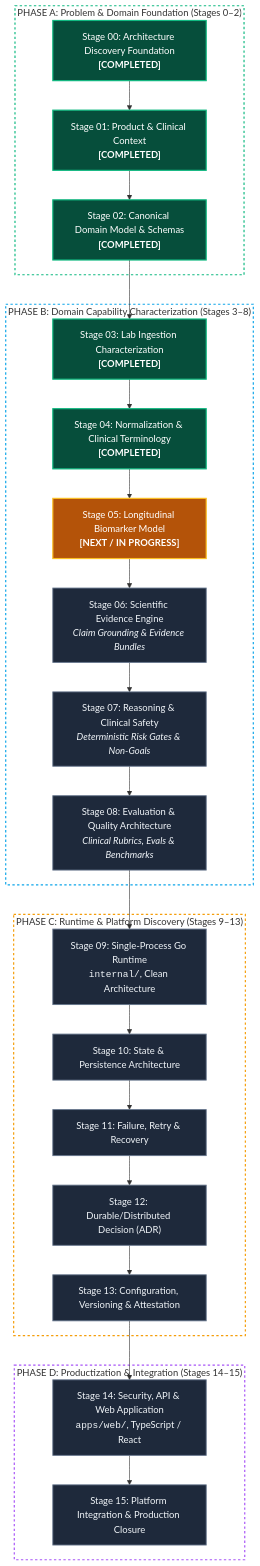
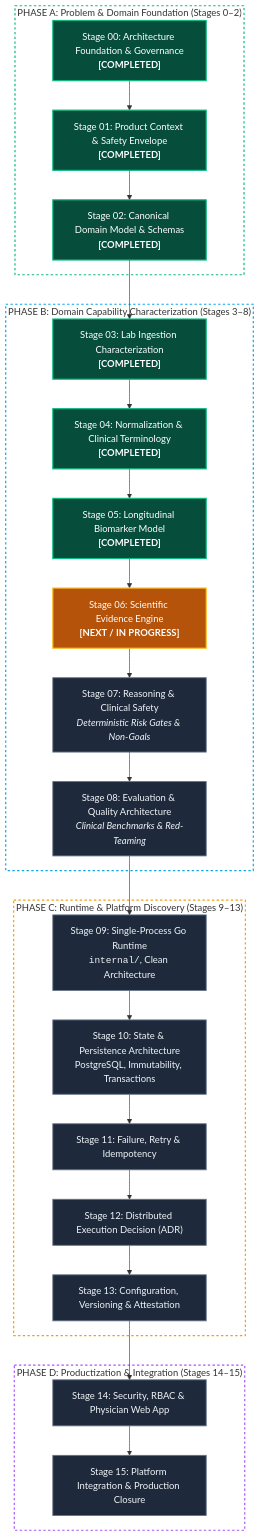
One commit to DuyVuux/BiolyzerAgent changed the third of 7 diagrams in README.md. Above: the diagram before and after it, drawn with Mermaid. The commit also changed other lines of this file and 41 other files, not shown here.

Commit message:
docs(stage-05): integrate longitudinal model, mermaid architecture flows, and detailed README

````diff
--- a/README.md
+++ b/README.md
@@ -25,38 +113,38 @@
 ```mermaid
 flowchart TD
     classDef done fill:#064e3b,stroke:#10b981,stroke-width:2px,color:#ffffff;
     classDef current fill:#b45309,stroke:#fbbf24,stroke-width:2px,color:#ffffff;
     classDef queued fill:#1e293b,stroke:#64748b,stroke-width:1.5px,color:#f1f5f9;
 
     subgraph PhaseA["PHASE A: Problem & Domain Foundation (Stages 0–2)"]
-        S0["Stage 00: Architecture Discovery Foundation<br/><b>[COMPLETED]</b>"]:::done --> S1["Stage 01: Product & Clinical Context<br/><b>[COMPLETED]</b>"]:::done
+        S0["Stage 00: Architecture Foundation & Governance<br/><b>[COMPLETED]</b>"]:::done --> S1["Stage 01: Product Context & Safety Envelope<br/><b>[COMPLETED]</b>"]:::done
         S1 --> S2["Stage 02: Canonical Domain Model & Schemas<br/><b>[COMPLETED]</b>"]:::done
     end
 
     subgraph PhaseB["PHASE B: Domain Capability Characterization (Stages 3–8)"]
         S2 --> S3["Stage 03: Lab Ingestion Characterization<br/><b>[COMPLETED]</b>"]:::done
         S3 --> S4["Stage 04: Normalization & Clinical Terminology<br/><b>[COMPLETED]</b>"]:::done
-        S4 --> S5["Stage 05: Longitudinal Biomarker Model<br/><b>[NEXT / IN PROGRESS]</b>"]:::current
-        S5 --> S6["Stage 06: Scientific Evidence Engine<br/><i>Claim Grounding & Evidence Bundles</i>"]:::queued
+        S4 --> S5["Stage 05: Longitudinal Biomarker Model<br/><b>[COMPLETED]</b>"]:::done
+        S5 --> S6["Stage 06: Scientific Evidence Engine<br/><b>[NEXT / IN PROGRESS]</b>"]:::current
         S6 --> S7["Stage 07: Reasoning & Clinical Safety<br/><i>Deterministic Risk Gates & Non-Goals</i>"]:::queued
-        S7 --> S8["Stage 08: Evaluation & Quality Architecture<br/><i>Clinical Rubrics, Evals & Benchmarks</i>"]:::queued
+        S7 --> S8["Stage 08: Evaluation & Quality Architecture<br/><i>Clinical Benchmarks & Red-Teaming</i>"]:::queued
     end
 
     subgraph PhaseC["PHASE C: Runtime & Platform Discovery (Stages 9–13)"]
         S8 --> S9["Stage 09: Single-Process Go Runtime<br/><code>internal/</code>, Clean Architecture"]:::queued
-        S9 --> S10["Stage 10: State & Persistence Architecture"]:::queued
-        S10 --> S11["Stage 11: Failure, Retry & Recovery"]:::queued
-        S11 --> S12["Stage 12: Durable/Distributed Decision (ADR)"]:::queued
+        S9 --> S10["Stage 10: State & Persistence Architecture<br/>PostgreSQL, Immutability, Transactions"]:::queued
+        S10 --> S11["Stage 11: Failure, Retry & Idempotency"]:::queued
+        S11 --> S12["Stage 12: Distributed Execution Decision (ADR)"]:::queued
         S12 --> S13["Stage 13: Configuration, Versioning & Attestation"]:::queued
     end
 
     subgraph PhaseD["PHASE D: Productization & Integration (Stages 14–15)"]
-        S13 --> S14["Stage 14: Security, API & Web Application<br/><code>apps/web/</code>, TypeScript / React"]:::queued
+        S13 --> S14["Stage 14: Security, RBAC & Physician Web App"]:::queued
         S14 --> S15["Stage 15: Platform Integration & Production Closure"]:::queued
     end
 
     style PhaseA fill:none,stroke:#10b981,stroke-width:2px,stroke-dasharray: 4 4;
     style PhaseB fill:none,stroke:#0ea5e9,stroke-width:2px,stroke-dasharray: 4 4;
     style PhaseC fill:none,stroke:#f59e0b,stroke-width:2px,stroke-dasharray: 4 4;
     style PhaseD fill:none,stroke:#a855f7,stroke-width:2px,stroke-dasharray: 4 4;
 ```
````
